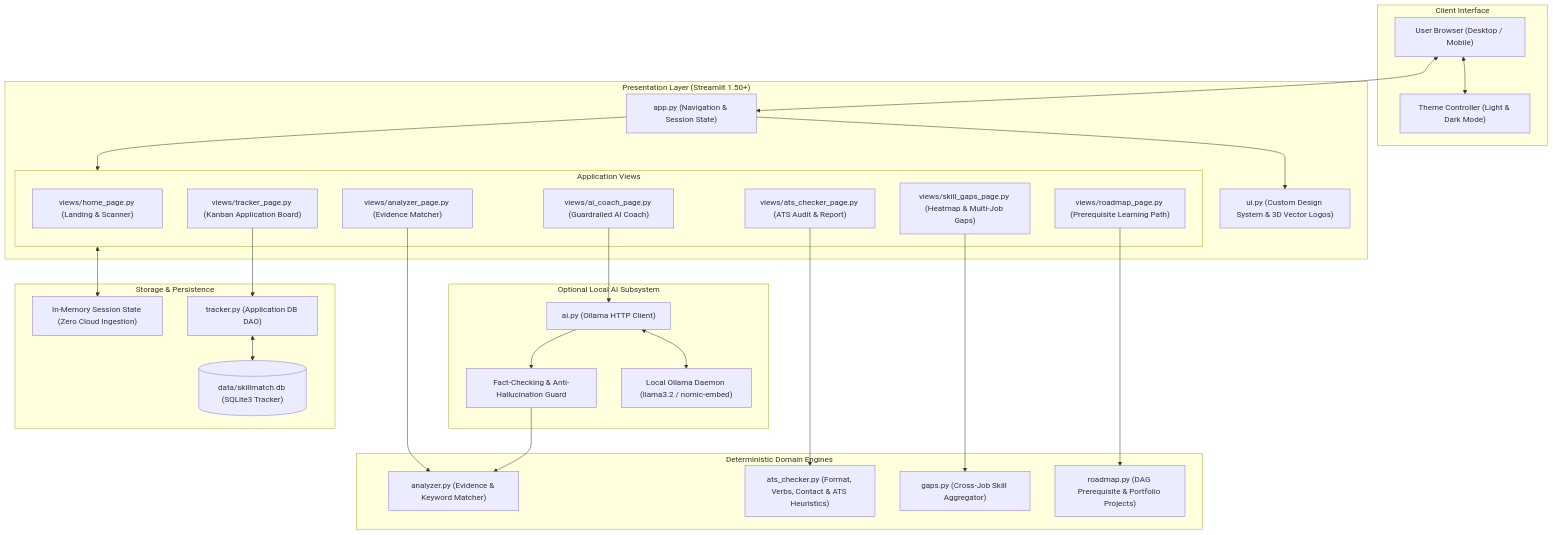
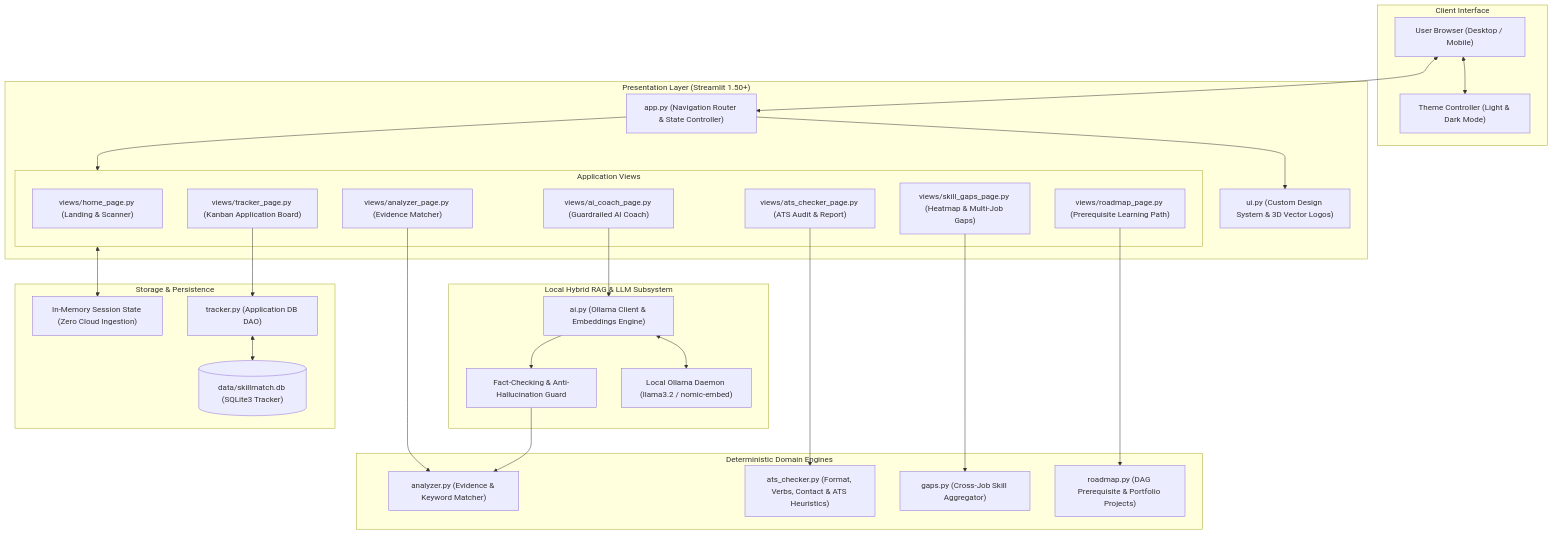
Before and after one commit to siddharthskyhub/resume-screening-: the first of 2 diagrams in README.md, drawn with Mermaid. The commit also changed other lines of this file and 1 other file, not shown here.

Commit message:
docs: add Hybrid RAG, Reciprocal Rank Fusion, and anti-hallucination guardrail pipeline to README and ARCHITECTURE

````diff
--- a/README.md
+++ b/README.md
@@ -19,61 +21,61 @@
 ```mermaid
 flowchart TD
     subgraph Client["Client Interface"]
         Browser["User Browser (Desktop / Mobile)"]
         Theme["Theme Controller (Light & Dark Mode)"]
     end
 
     subgraph Presentation["Presentation Layer (Streamlit 1.50+)"]
-        Router["app.py (Navigation & Session State)"]
+        Router["app.py (Navigation Router & State Controller)"]
         UI_Sys["ui.py (Custom Design System & 3D Vector Logos)"]
         
         subgraph Views["Application Views"]
             V_Home["views/home_page.py (Landing & Scanner)"]
             V_Analyzer["views/analyzer_page.py (Evidence Matcher)"]
             V_ATS["views/ats_checker_page.py (ATS Audit & Report)"]
             V_Gaps["views/skill_gaps_page.py (Heatmap & Multi-Job Gaps)"]
             V_Tracker["views/tracker_page.py (Kanban Application Board)"]
             V_Roadmap["views/roadmap_page.py (Prerequisite Learning Path)"]
             V_Coach["views/ai_coach_page.py (Guardrailed AI Coach)"]
         end
     end
 
     subgraph Domain["Deterministic Domain Engines"]
         Analyzer["analyzer.py (Evidence & Keyword Matcher)"]
         ATSChecker["ats_checker.py (Format, Verbs, Contact & ATS Heuristics)"]
         Gaps["gaps.py (Cross-Job Skill Aggregator)"]
         Roadmap["roadmap.py (DAG Prerequisite & Portfolio Projects)"]
     end
 
-    subgraph AI["Optional Local AI Subsystem"]
-        AI_Client["ai.py (Ollama HTTP Client)"]
+    subgraph AI["Local Hybrid RAG & LLM Subsystem"]
+        AI_Client["ai.py (Ollama Client & Embeddings Engine)"]
         FactCheck["Fact-Checking & Anti-Hallucination Guard"]
         Ollama["Local Ollama Daemon (llama3.2 / nomic-embed)"]
     end
 
     subgraph Storage["Storage & Persistence"]
         Heap["In-Memory Session State (Zero Cloud Ingestion)"]
         SQLite[("data/skillmatch.db (SQLite3 Tracker)")]
         DAO["tracker.py (Application DB DAO)"]
     end
 
     %% Wiring
     Browser <--> Router
     Browser <--> Theme
     Router --> UI_Sys
     Router --> Views
 
     V_Analyzer --> Analyzer
     V_ATS --> ATSChecker
     V_Gaps --> Gaps
     V_Roadmap --> Roadmap
     V_Coach --> AI_Client
     V_Tracker --> DAO
 
     AI_Client --> FactCheck
     AI_Client <--> Ollama
     FactCheck --> Analyzer
 
     Views <--> Heap
     DAO <--> SQLite
 ```
````
